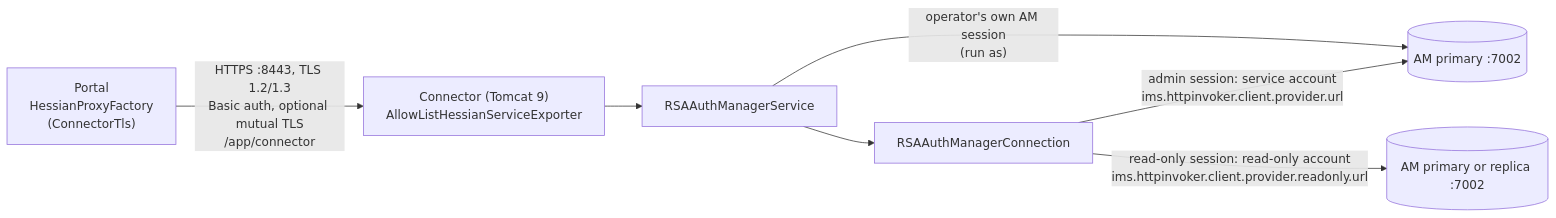
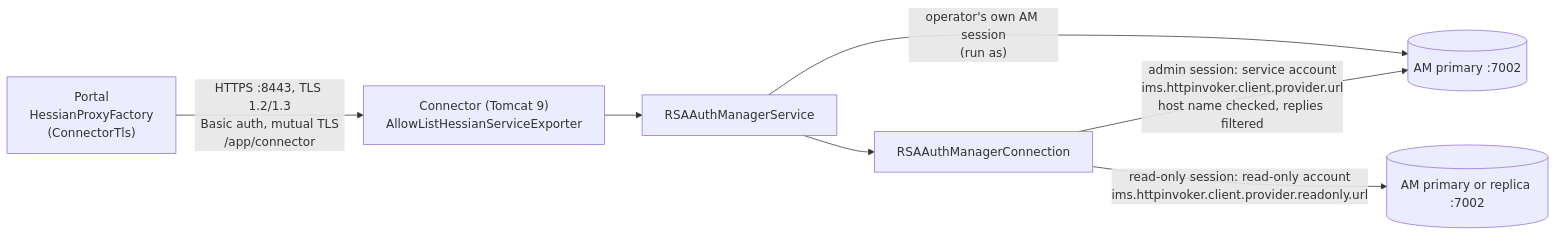
Before and after one commit to winllc/ens-apps-documentation: the first of 2 diagrams in docs/rsa-operations-portal/rsa-integration.md, drawn with Mermaid. The commit also changed other lines of this file and 6 other files, not shown here.

First line of the commit message:
RSA Connector hardening: mutual TLS, AM host name, reply filter

````diff
--- a/docs/rsa-operations-portal/rsa-integration.md
+++ b/docs/rsa-operations-portal/rsa-integration.md
@@ -5,9 +5,9 @@
 ```mermaid
 flowchart LR
-    P["Portal<br/>HessianProxyFactory<br/>(ConnectorTls)"] -- "HTTPS :8443, TLS 1.2/1.3<br/>Basic auth, optional mutual TLS<br/>/app/connector" --> H["Connector (Tomcat 9)<br/>AllowListHessianServiceExporter"]
+    P["Portal<br/>HessianProxyFactory<br/>(ConnectorTls)"] -- "HTTPS :8443, TLS 1.2/1.3<br/>Basic auth, mutual TLS<br/>/app/connector" --> H["Connector (Tomcat 9)<br/>AllowListHessianServiceExporter"]
     H --> S[RSAAuthManagerService]
     S --> C[RSAAuthManagerConnection]
-    C -- "admin session: service account<br/>ims.httpinvoker.client.provider.url" --> AM1[(AM primary :7002)]
+    C -- "admin session: service account<br/>ims.httpinvoker.client.provider.url<br/>host name checked, replies filtered" --> AM1[(AM primary :7002)]
     C -- "read-only session: read-only account<br/>ims.httpinvoker.client.provider.readonly.url" --> AM2[(AM primary or replica :7002)]
     S -- "operator's own AM session<br/>(run as)" --> AM1
 ```
````
